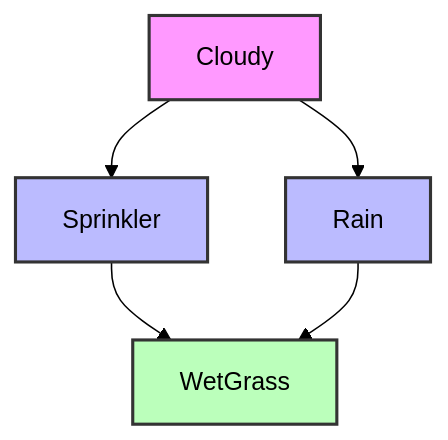
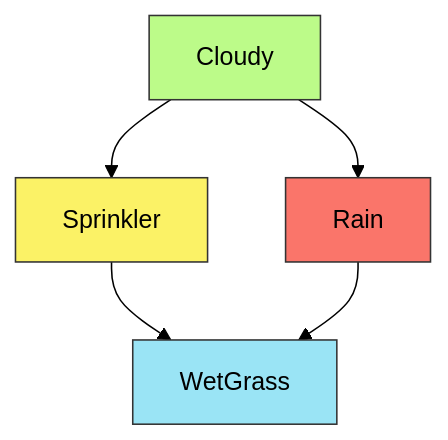
One commit to Chaklader/part-of-speech-tagging changed the eighth of 13 diagrams in C_4.md. Above: the diagram before and after it, drawn with Mermaid (forest theme). The commit also changed other lines of this file, not shown here.

````diff
--- a/C_4.md
+++ b/C_4.md
@@ -1659,12 +1687,13 @@
 ```mermaid
 graph TD
     C[Cloudy] --> S[Sprinkler]
     C --> R[Rain]
     S --> W[WetGrass]
     R --> W
 
-    style C fill:#f9f,stroke:#333,stroke-width:2px
-    style S fill:#bbf,stroke:#333,stroke-width:2px
-    style R fill:#bbf,stroke:#333,stroke-width:2px
-    style W fill:#bfb,stroke:#333,stroke-width:2px
+    style C fill:#BCFB89,stroke:#333,stroke-width:1px
+    style S fill:#FBF266,stroke:#333,stroke-width:1px
+    style R fill:#FA756A,stroke:#333,stroke-width:1px
+    style W fill:#9AE4F5,stroke:#333,stroke-width:1px
+
 ```
````
